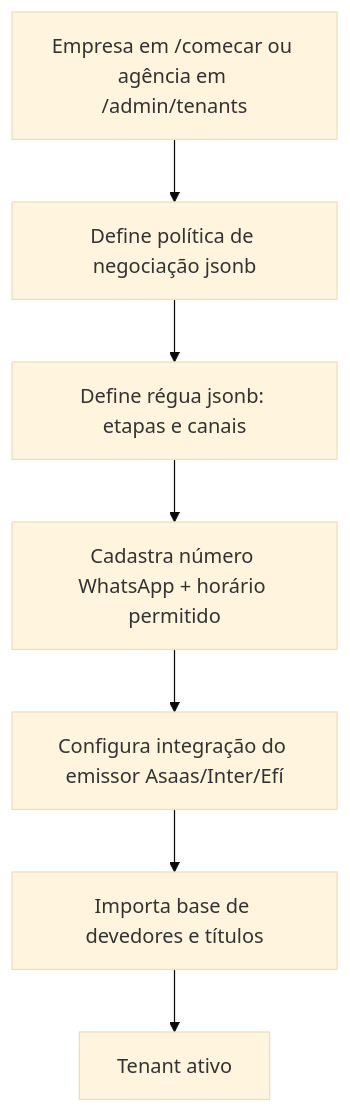
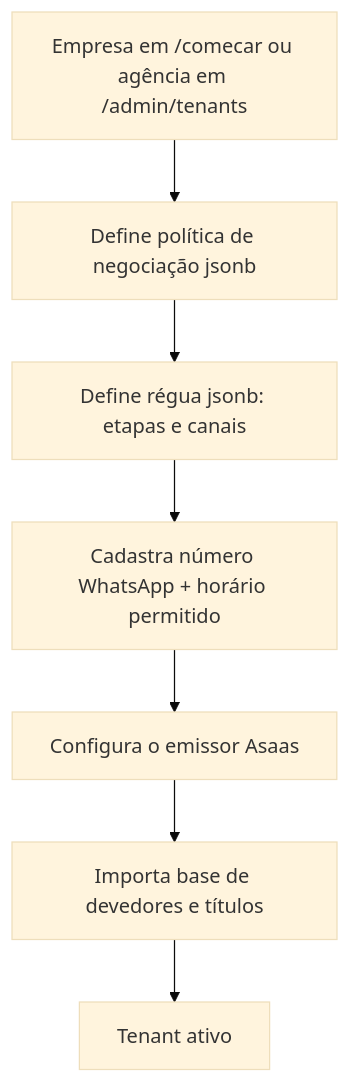
The second of 13 diagrams in FLUXOS.md (faelsou/settlr), drawn with Mermaid (base theme) before and after one commit. The commit also changed other lines of this file and 21 other files, not shown here.

Commit message:
A documentação descreve o piloto na conta clinica-piloto, na AWS e no domínio settlr.com.br, com Asaas como único emissor e dono do SLO nomeado.

````diff
--- a/FLUXOS.md
+++ b/FLUXOS.md
@@ -100,9 +100,9 @@
 ```mermaid
 flowchart TD
     A[Empresa em /comecar ou agência em /admin/tenants] --> B[Define política de negociação jsonb]
     B --> C[Define régua jsonb: etapas e canais]
     C --> D[Cadastra número WhatsApp + horário permitido]
-    D --> E[Configura integração do emissor Asaas/Inter/Efí]
+    D --> E[Configura o emissor Asaas]
     E --> F[Importa base de devedores e títulos]
     F --> G[Tenant ativo]
 ```
````
